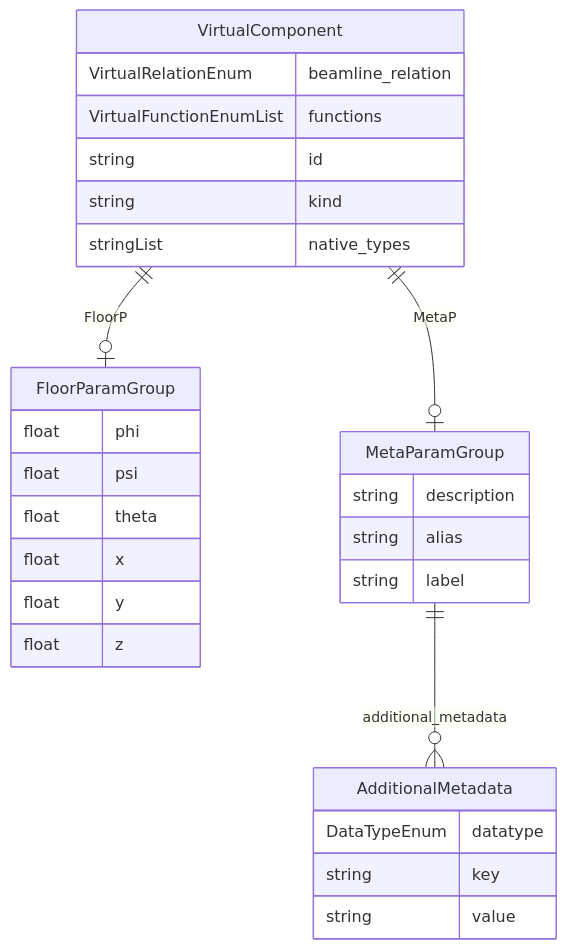
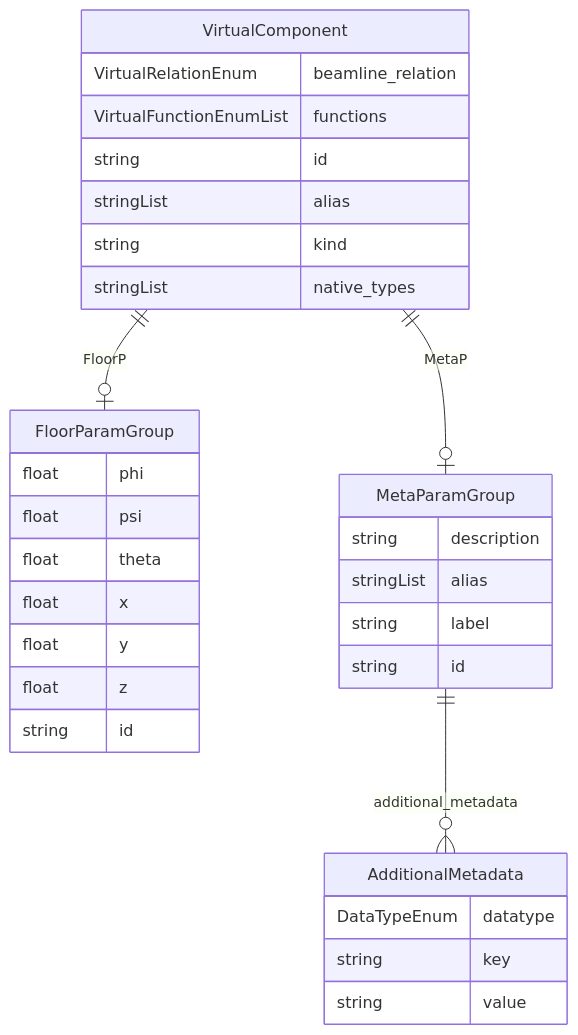
Before and after one commit to pals-project/pals-facility-config: the diagram in docs/elements/classes/VirtualComponent.md, drawn with Mermaid. The commit also changed other lines of this file and 499 other files, not shown here.

````diff
--- a/docs/elements/classes/VirtualComponent.md
+++ b/docs/elements/classes/VirtualComponent.md
@@ -15,33 +15,36 @@
 ```mermaid
 erDiagram
 AdditionalMetadata {
     DataTypeEnum datatype  
     string key  
     string value  
 }
 FloorParamGroup {
     float phi  
     float psi  
     float theta  
     float x  
     float y  
     float z  
+    string id  
 }
 MetaParamGroup {
     string description  
-    string alias  
+    stringList alias  
     string label  
+    string id  
 }
 VirtualComponent {
     VirtualRelationEnum beamline_relation  
     VirtualFunctionEnumList functions  
     string id  
+    stringList alias  
     string kind  
     stringList native_types  
 }
 
 MetaParamGroup ||--}o AdditionalMetadata : "additional_metadata"
 VirtualComponent ||--|o FloorParamGroup : "FloorP"
 VirtualComponent ||--|o MetaParamGroup : "MetaP"
 
 ```
````
